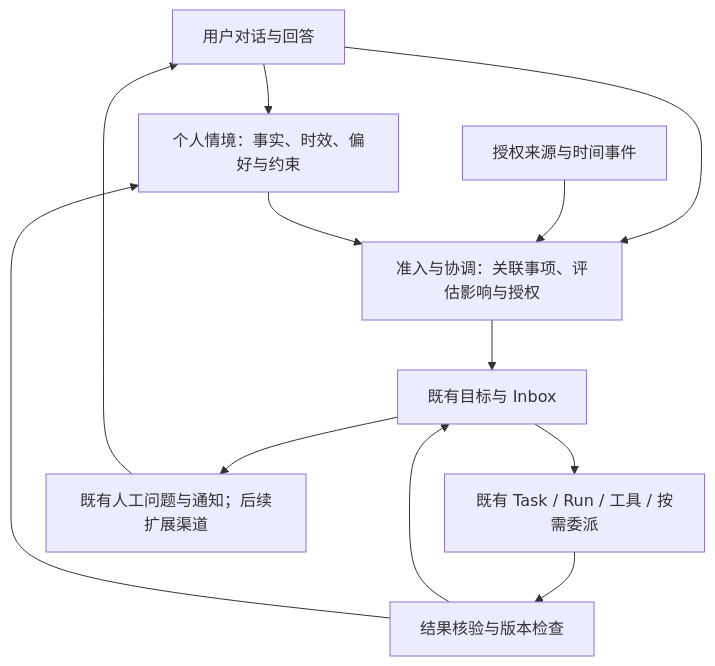
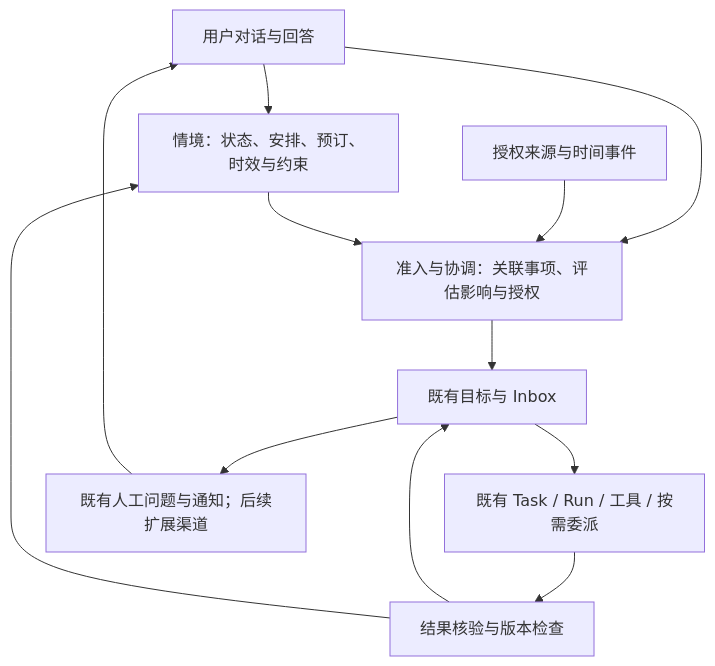
The diagram in docs/personal-assistant-roadmap.md (Fonna/CoworkOS), drawn with Mermaid before and after one commit. The commit also changed other lines of this file and 1 other file, not shown here.

````diff
--- a/docs/personal-assistant-roadmap.md
+++ b/docs/personal-assistant-roadmap.md
@@ -52,14 +54,14 @@
 ```mermaid
 flowchart TD
-    U[用户对话与回答] --> C[个人情境：事实、时效、偏好与约束]
+    U[用户对话与回答] --> C[情境：状态、安排、预订、时效与约束]
     U --> A[准入与协调：关联事项、评估影响与授权]
     S[授权来源与时间事件] --> A
     C --> A
     A --> G[既有目标与 Inbox]
     G --> R[既有 Task / Run / 工具 / 按需委派]
     R --> V[结果核验与版本检查]
     V --> G
     V --> C
     G --> N[既有人工问题与通知；后续扩展渠道]
     N --> U
 ```
````
